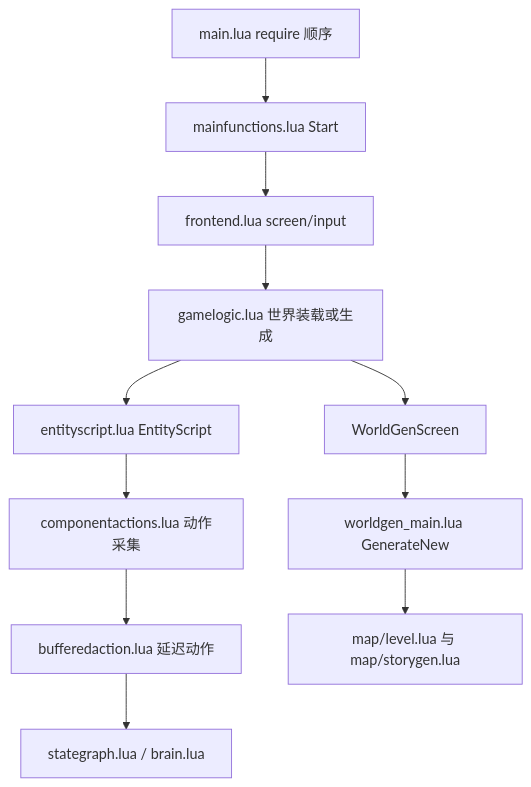
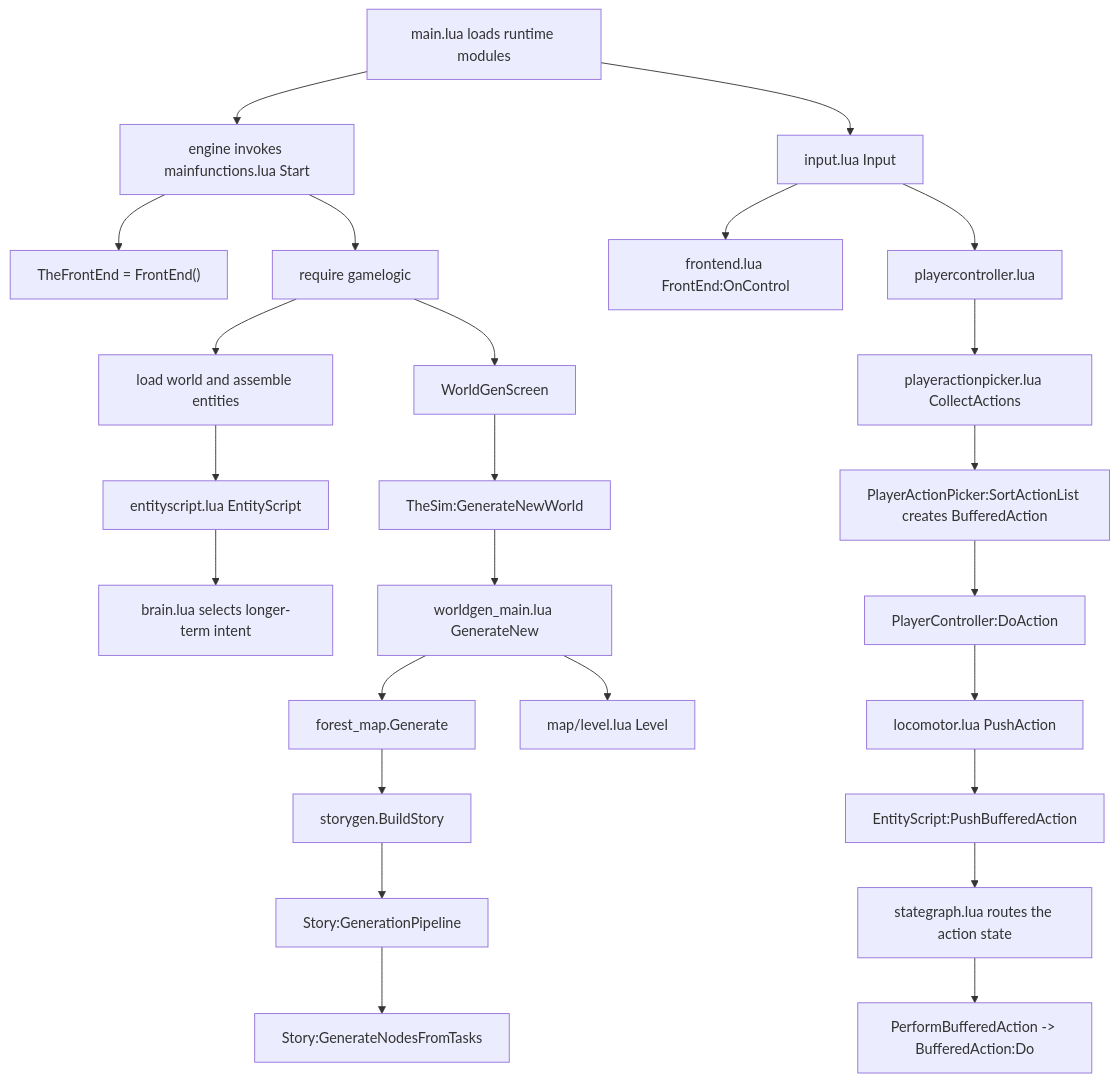
One commit to LetsStarveTogether/dst-server changed the diagram in dst-scripts/index/README.md. Above: the diagram before and after it, drawn with Mermaid. The commit also changed other lines of this file and 83 other files, not shown here.

```diff
--- a/dst-scripts/index/README.md
+++ b/dst-scripts/index/README.md
@@ -52,14 +44,28 @@
 ~~~mermaid
 flowchart TD
-    A["main.lua require 顺序"]
-    A --> B["mainfunctions.lua Start"]
-    B --> C["frontend.lua screen/input"]
-    C --> D["gamelogic.lua 世界装载或生成"]
-    D --> E["entityscript.lua EntityScript"]
-    E --> F["componentactions.lua 动作采集"]
-    F --> G["bufferedaction.lua 延迟动作"]
-    G --> H["stategraph.lua / brain.lua"]
+    A["main.lua loads runtime modules"]
+    A --> B["engine invokes mainfunctions.lua Start"]
+    A --> M["input.lua Input"]
+    B --> C["TheFrontEnd = FrontEnd()"]
+    B --> D["require gamelogic"]
+    D --> E["load world and assemble entities"]
+    E --> F["entityscript.lua EntityScript"]
+    F --> L["brain.lua selects longer-term intent"]
+    M --> C2["frontend.lua FrontEnd:OnControl"]
+    M --> N["playercontroller.lua"]
+    N --> O["playeractionpicker.lua CollectActions"]
+    O --> P["PlayerActionPicker:SortActionList creates BufferedAction"]
+    P --> W["PlayerController:DoAction"]
+    W --> X["locomotor.lua PushAction"]
+    X --> Q["EntityScript:PushBufferedAction"]
+    Q --> R["stategraph.lua routes the action state"]
+    R --> S["PerformBufferedAction -> BufferedAction:Do"]
     D --> I["WorldGenScreen"]
-    I --> J["worldgen_main.lua GenerateNew"]
-    J --> K["map/level.lua 与 map/storygen.lua"]
+    I --> T["TheSim:GenerateNewWorld"]
+    T --> J["worldgen_main.lua GenerateNew"]
+    J --> Y["map/level.lua Level"]
+    J --> U["forest_map.Generate"]
+    U --> K["storygen.BuildStory"]
+    K --> Z["Story:GenerationPipeline"]
+    Z --> V["Story:GenerateNodesFromTasks"]
 ~~~
```
